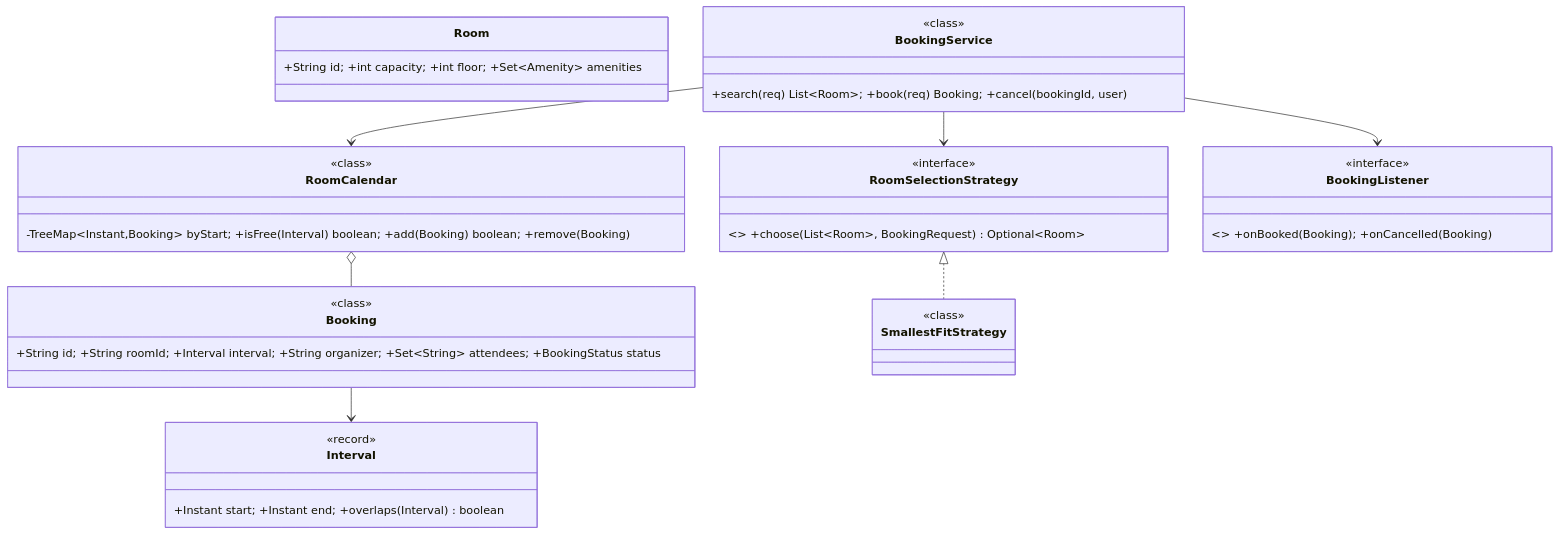
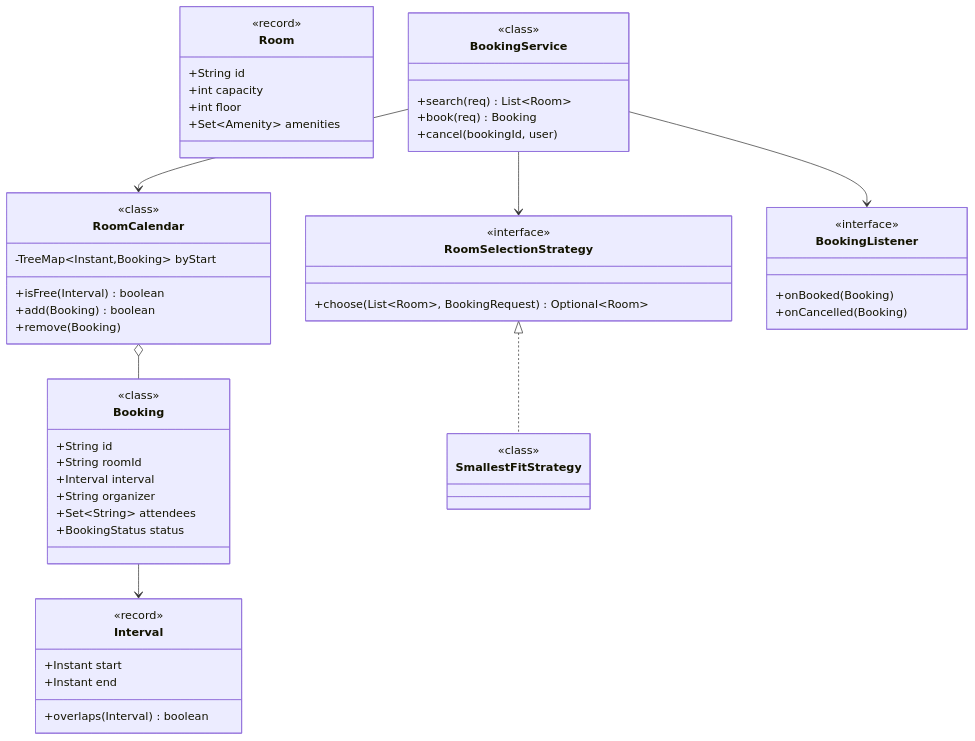
Before and after one commit to amarkum/amarkumar.guru: the first of 2 diagrams in system-design/lld/15-meeting-room-scheduler.md, drawn with Mermaid. The commit also changed other lines of this file and 27 other files, not shown here.

````diff
--- a/system-design/lld/15-meeting-room-scheduler.md
+++ b/system-design/lld/15-meeting-room-scheduler.md
@@ -39,37 +39,70 @@
 ```mermaid
 classDiagram
-    class Room { +String id; +int capacity; +int floor; +Set~Amenity~ amenities }
-    class Interval { +Instant start; +Instant end; +overlaps(Interval) boolean }
-    class Booking { +String id; +String roomId; +Interval interval; +String organizer; +Set~String~ attendees; +BookingStatus status }
-    class RoomCalendar { -TreeMap~Instant,Booking~ byStart; +isFree(Interval) boolean; +add(Booking) boolean; +remove(Booking) }
-    class RoomSelectionStrategy { <<interface>> +choose(List~Room~, BookingRequest) Optional~Room~ }
+    class Room {
+      <<record>>
+      +String id
+      +int capacity
+      +int floor
+      +Set~Amenity~ amenities
+    }
+    class Interval {
+      +Instant start
+      +Instant end
+      +overlaps(Interval) boolean
+    }
+    class Booking {
+      +String id
+      +String roomId
+      +Interval interval
+      +String organizer
+      +Set~String~ attendees
+      +BookingStatus status
+    }
+    class RoomCalendar {
+      -TreeMap~Instant,Booking~ byStart
+      +isFree(Interval) boolean
+      +add(Booking) boolean
+      +remove(Booking)
+    }
+    class RoomSelectionStrategy {
+      <<interface>>
+      +choose(List~Room~, BookingRequest) Optional~Room~
+    }
     class SmallestFitStrategy {
       <<class>>
     }
-    class BookingListener { <<interface>> +onBooked(Booking); +onCancelled(Booking) }
-    class BookingService { +search(req) List~Room~; +book(req) Booking; +cancel(bookingId, user) }
+    class BookingListener {
+      <<interface>>
+      +onBooked(Booking)
+      +onCancelled(Booking)
+    }
+    class BookingService {
+      +search(req) List~Room~
+      +book(req) Booking
+      +cancel(bookingId, user)
+    }
     RoomSelectionStrategy <|.. SmallestFitStrategy
     BookingService --> RoomCalendar
     BookingService --> RoomSelectionStrategy
     BookingService --> BookingListener
     Booking --> Interval
     RoomCalendar o-- Booking
     class Booking {
       <<class>>
     }
     class Interval {
       <<record>>
     }
     class BookingService {
       <<class>>
     }
     class RoomCalendar {
       <<class>>
     }
     class RoomSelectionStrategy {
       <<interface>>
     }
     class BookingListener {
       <<interface>>
     }
 ```
````
